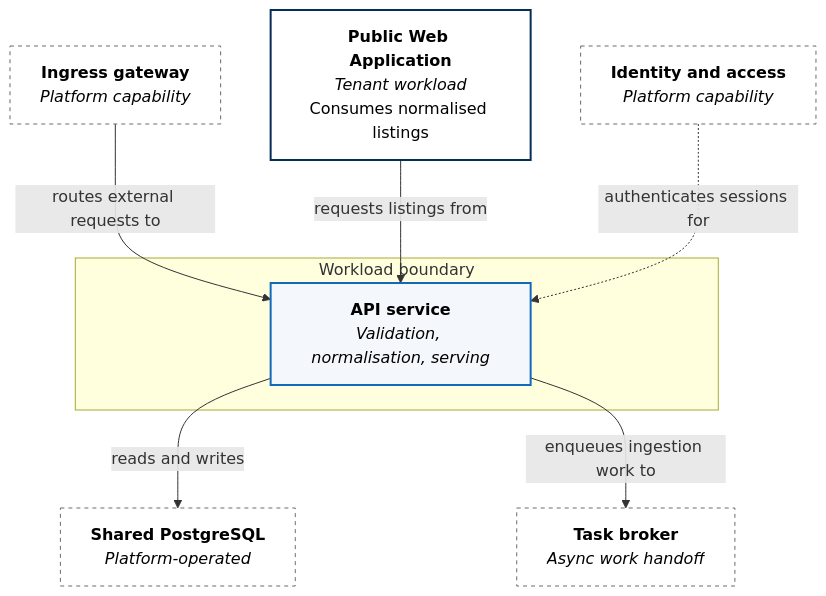
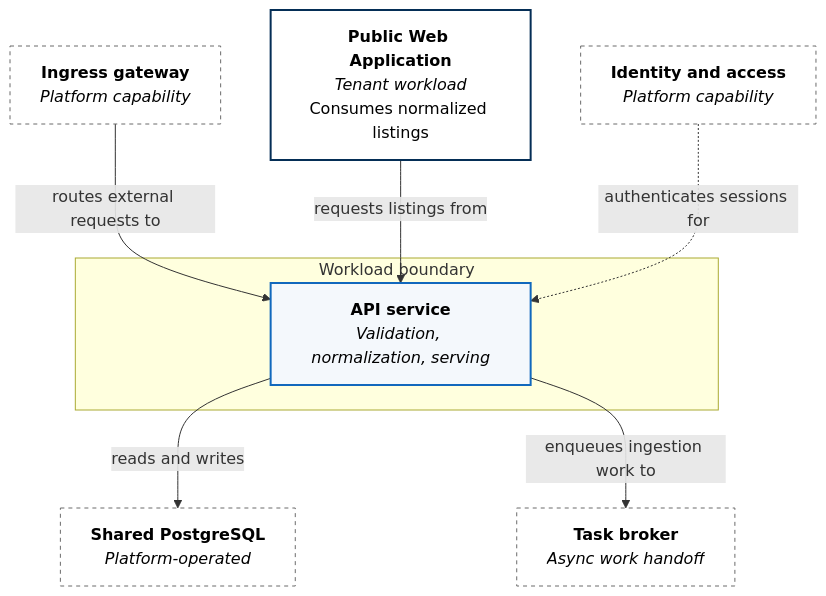
The first of 2 diagrams in docs/architecture/tenant-workloads/data-normalization-service.md (zavestudios/zavestudios), drawn with Mermaid before and after one commit. The commit also changed other lines of this file and 4 other files, not shown here.

````diff
--- a/docs/architecture/tenant-workloads/data-normalization-service.md
+++ b/docs/architecture/tenant-workloads/data-normalization-service.md
@@ -23,25 +23,25 @@
 ```mermaid
 flowchart TB
-  consumer["<b>Public Web Application</b><br/><i>Tenant workload</i><br/>Consumes normalised listings"]
+  consumer["<b>Public Web Application</b><br/><i>Tenant workload</i><br/>Consumes normalized listings"]
   idp["<b>Identity and access</b><br/><i>Platform capability</i>"]
   gw["<b>Ingress gateway</b><br/><i>Platform capability</i>"]
   db["<b>Shared PostgreSQL</b><br/><i>Platform-operated</i>"]
   queue["<b>Task broker</b><br/><i>Async work handoff</i>"]
 
   subgraph wl["Workload boundary"]
-    api["<b>API service</b><br/><i>Validation, normalisation, serving</i>"]
+    api["<b>API service</b><br/><i>Validation, normalization, serving</i>"]
   end
 
   gw -- "routes external requests to" --> api
   consumer -- "requests listings from" --> api
   idp -. "authenticates sessions for" .-> api
   api -- "reads and writes" --> db
   api -- "enqueues ingestion work to" --> queue
 
   classDef cap  fill:#ffffff,stroke:#6b6b6b,stroke-width:1px,color:#000000,stroke-dasharray: 4 4
   classDef own  fill:#f4f8fc,stroke:#1168bd,stroke-width:2px,color:#000000
   classDef peer fill:#ffffff,stroke:#052e56,stroke-width:2px,color:#000000
   class idp,gw,db,queue cap
   class api own
   class consumer peer
 ```
````
